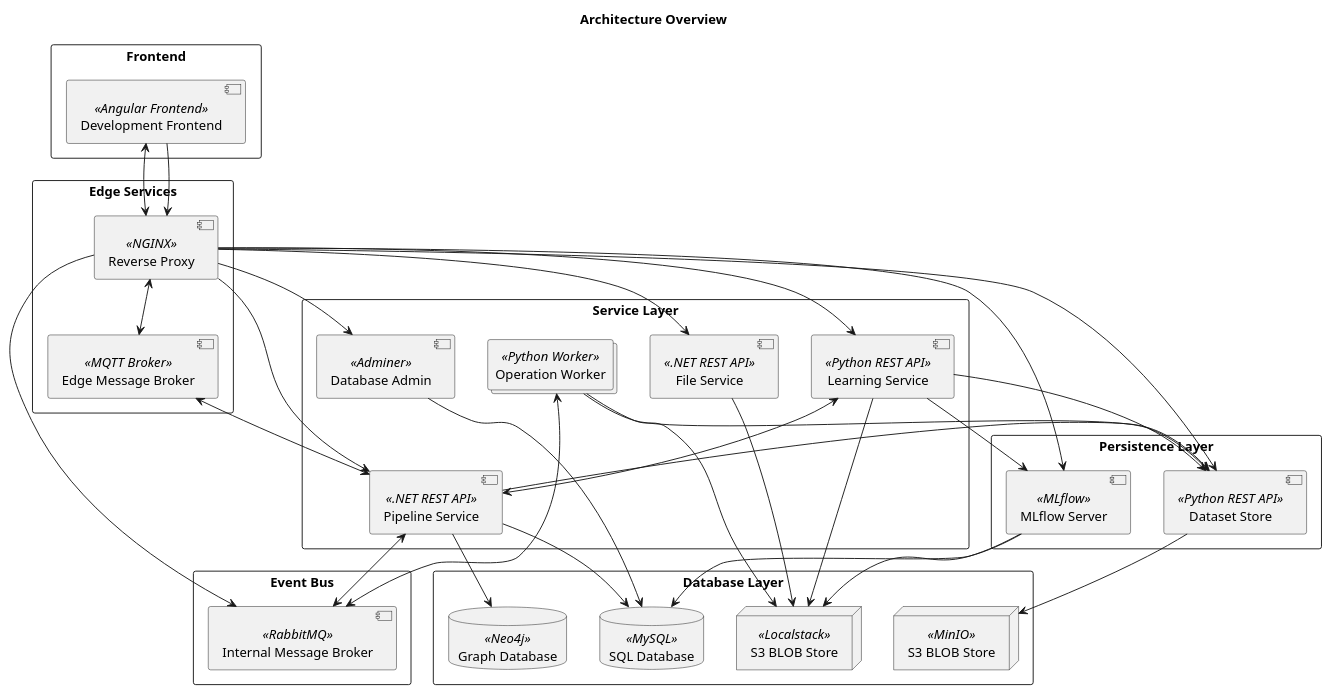
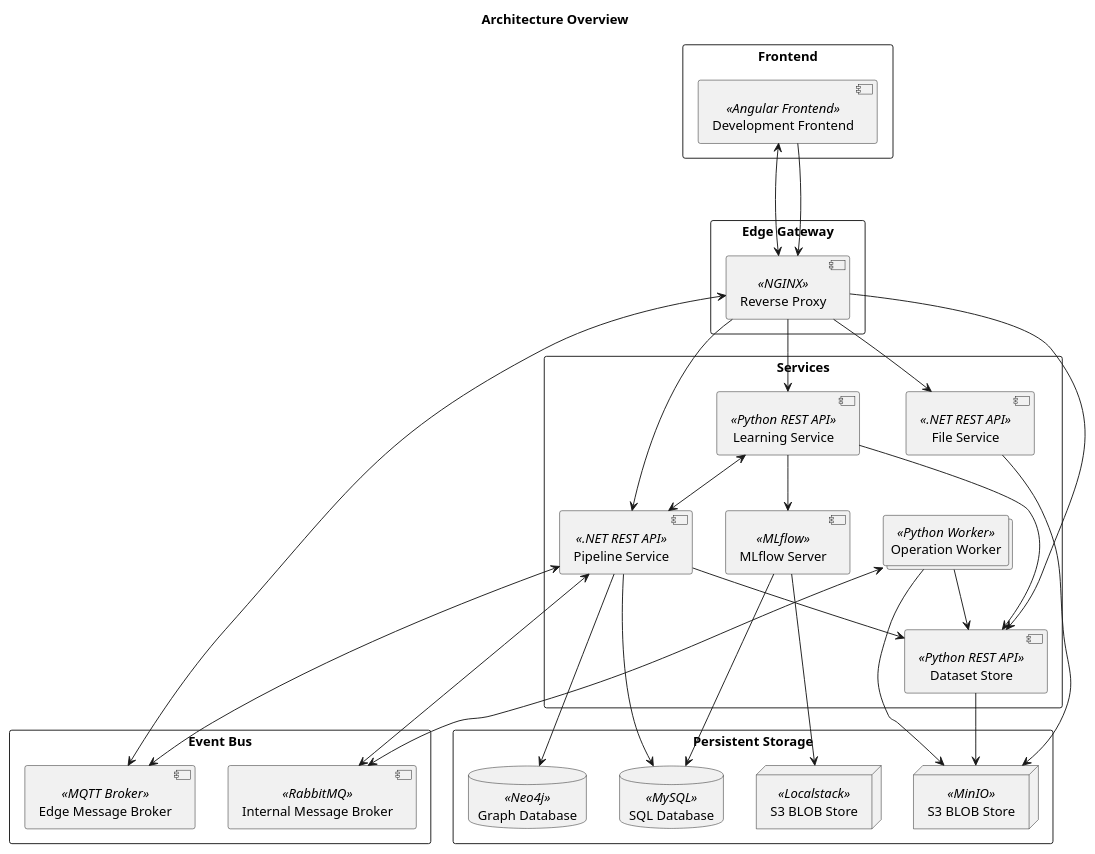
Before and after one commit to project-hanse/prototype-a: the diagram in docs/architecture/overview.puml, drawn with PlantUML. The commit also changed 1 other file, not shown here.

Commit message:
docs: update architecture overview to reflect MinIO storage
Refs: PH-218

```diff
--- a/docs/architecture/overview.puml
+++ b/docs/architecture/overview.puml
@@ -1,83 +1,79 @@
 @startuml
 'https://plantuml.com/deployment-diagram
 
 title "Architecture Overview"
 
 'Definitions'
 
 rectangle "Frontend" {
     component "Development Frontend" << Angular Frontend >> as development_frontend
 }
 
-rectangle "Edge Services" {
+rectangle "Edge Gateway" {
     component "Reverse Proxy" << NGINX >> as reverse_proxy
-    component "Edge Message Broker" << MQTT Broker >> as message_broker_edge
 }
 
 rectangle "Event Bus" {
     component "Internal Message Broker" << RabbitMQ >> as message_broker_internal
+    component "Edge Message Broker" << MQTT Broker >> as message_broker_edge
 }
 
-rectangle "Service Layer" {
+rectangle "Services" {
     component "Pipeline Service" << .NET REST API >> as pipeline_service
     collections  "Operation Worker" <<Python Worker>> as worker
     component "Learning Service" << Python REST API >> as learning_service
     component "File Service" << .NET REST API >> as file_service
-    component "Database Admin" << Adminer >> as adminer
-}
-
-rectangle "Persistence Layer" {
+    ' component "Database Admin" << Adminer >> as adminer
     component "Dataset Store" << Python REST API >> as dataset_store
     component "MLflow Server" << MLflow >> as mlflow_server
 }
 
-rectangle "Database Layer" {
+rectangle "Persistent Storage" {
     database "Graph Database" << Neo4j >> as graph_db
     node "S3 BLOB Store" << Localstack >> as blob_store
     node "S3 BLOB Store" << MinIO >> as blob_store_minio
     'database #line.dashed "Dataset Database" << MongoDB >> as dataset_db
     database "SQL Database" << MySQL >> as mysql_db
 }
 
 'Interaction'
 
-development_frontend <--> reverse_proxy
+development_frontend <---> reverse_proxy
 development_frontend --> reverse_proxy
 
 reverse_proxy --> pipeline_service
 reverse_proxy --> learning_service
 reverse_proxy --> file_service
 reverse_proxy <--> message_broker_edge
 'TODO: This connection should no longer exist'
 reverse_proxy --> dataset_store
-reverse_proxy --> mlflow_server
-reverse_proxy --> adminer
-reverse_proxy --> message_broker_internal
+' reverse_proxy --> mlflow_server
+'reverse_proxy --> adminer
+' reverse_proxy --> message_broker_internal
 
 learning_service --> mlflow_server
 learning_service --> dataset_store
 learning_service <--> pipeline_service
-learning_service --> blob_store
 
 pipeline_service --> graph_db
-pipeline_service <--> message_broker_internal
-pipeline_service <--> message_broker_edge
+pipeline_service <---> message_broker_internal
+pipeline_service <---> message_broker_edge
 pipeline_service --> mysql_db
 pipeline_service --> dataset_store
 
-adminer --> mysql_db
+'adminer --> mysql_db
 
 dataset_store --> blob_store_minio
 'TODO: Default files should be seeded from file service PH-213'
 ' dataset_store --> blob_store
 
-file_service --> blob_store
+file_service --> blob_store_minio
 
 mlflow_server --> mysql_db
 mlflow_server --> blob_store
 
 worker --> dataset_store
-worker --> blob_store
+worker --> blob_store_minio
 worker <--> message_broker_internal
 
 @enduml
```
